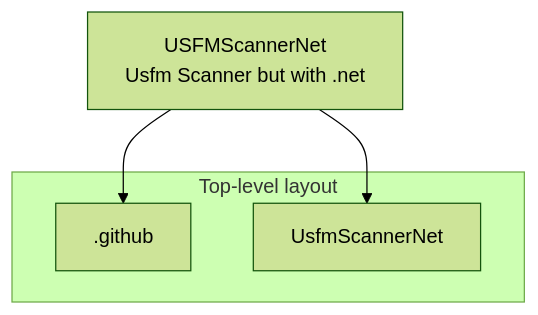
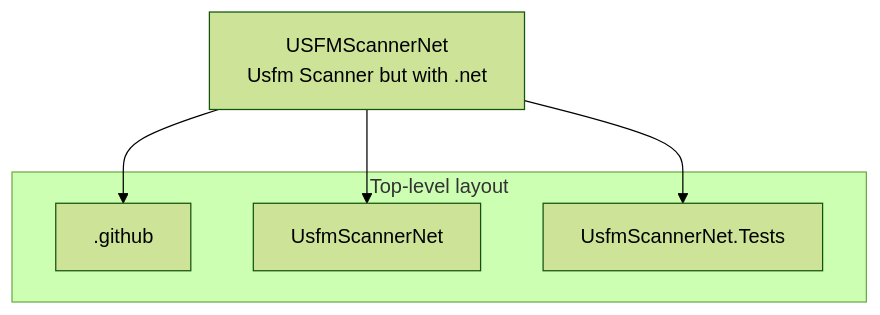
One commit to AnonymousWalker/project-repos-diagram changed the second of 3 diagrams in architecture/WycliffeAssociates/USFMScannerNet-architecture.md. Above: the diagram before and after it, drawn with Mermaid (forest theme). The commit also changed other lines of this file and 3 other files, not shown here.

Commit message:
chore: refresh architecture diagrams

````diff
--- a/architecture/WycliffeAssociates/USFMScannerNet-architecture.md
+++ b/architecture/WycliffeAssociates/USFMScannerNet-architecture.md
@@ -32,12 +34,14 @@
 ```mermaid
 flowchart TB
   Root["USFMScannerNet<br/>Usfm Scanner but with .net"]
 
   subgraph structure["Top-level layout"]
     D0[".github"]
     D1["UsfmScannerNet"]
+    D2["UsfmScannerNet.Tests"]
   end
 
   Root --> D0
   Root --> D1
+  Root --> D2
 ```
````
